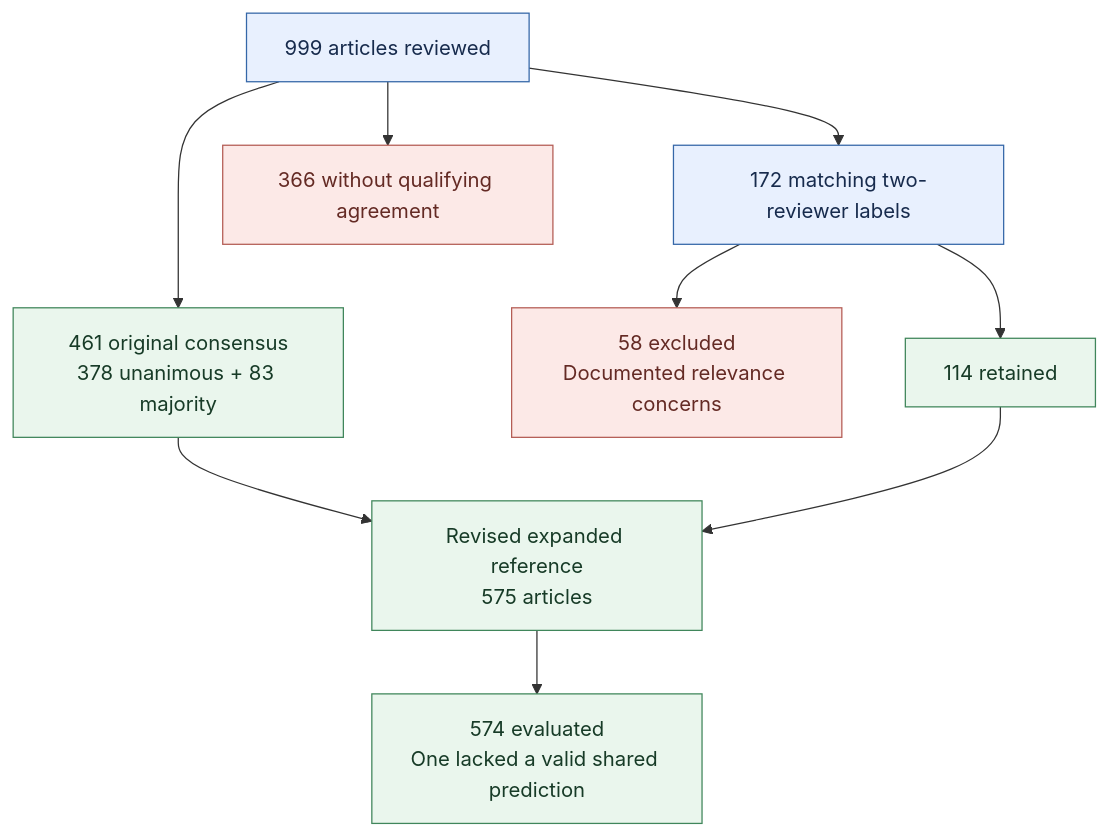
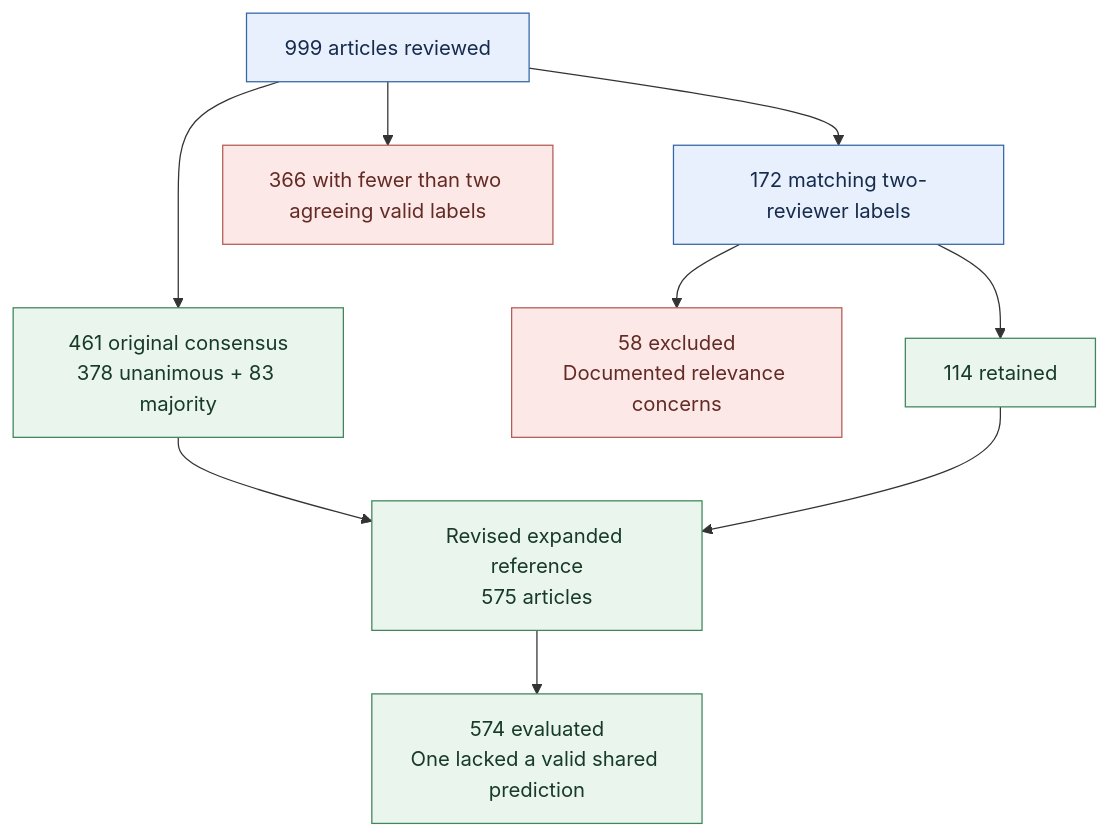
Before and after one commit to vsawhney12/ccsa-ai-news-classification: the second of 2 diagrams in README.md, drawn with Mermaid. The commit also changed other lines of this file, not shown here.

````diff
--- a/README.md
+++ b/README.md
@@ -98,19 +78,19 @@
 ```mermaid
 flowchart TB
     A["999 articles reviewed"]
     A --> B["461 original consensus<br/>378 unanimous + 83 majority"]
     A --> C["172 matching two-reviewer labels"]
-    A --> D["366 without qualifying agreement"]
+    A --> D["366 with fewer than two agreeing valid labels"]
     C --> E["58 excluded<br/>Documented relevance concerns"]
     C --> F["114 retained"]
     B --> G["Revised expanded reference<br/>575 articles"]
     F --> G
     G --> H["574 evaluated<br/>One lacked a valid shared prediction"]
 
     classDef base fill:#e8f0fe,stroke:#3567a8,color:#172b4d;
     classDef kept fill:#eaf6ed,stroke:#40865b,color:#173b27;
     classDef excluded fill:#fce9e7,stroke:#b45d55,color:#642a24;
     class A,C base;
     class B,F,G,H kept;
     class D,E excluded;
 ```
````
